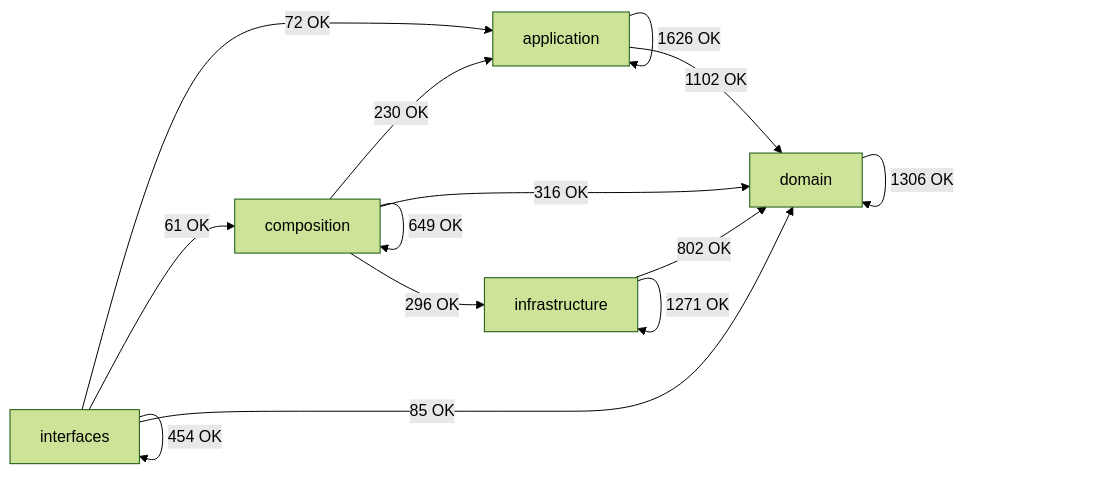
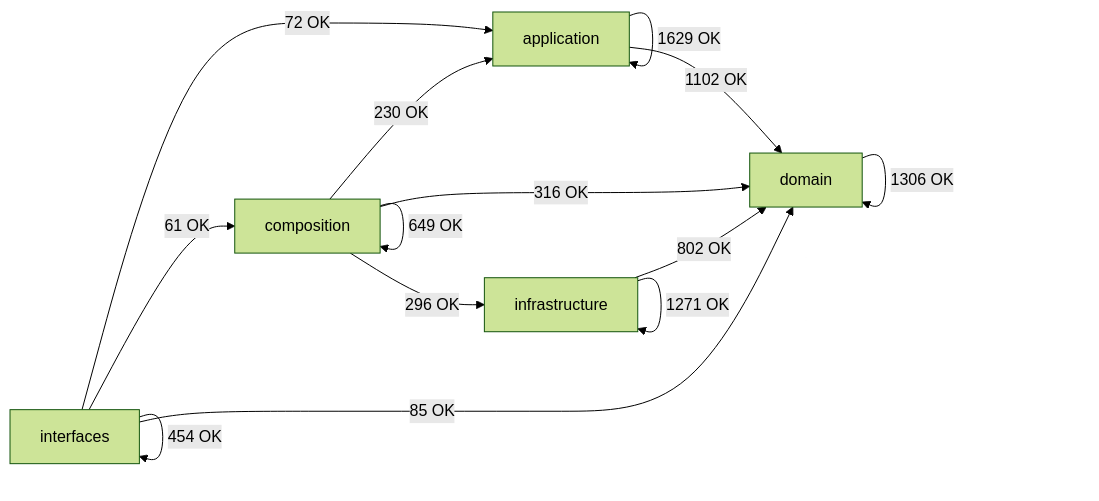
The diagram in docs/02-architecture/generated/module-dependency-map.md (SatoryKono/BioactivityDataAcquisition), drawn with Mermaid (forest theme) before and after one commit. The commit also changed other lines of this file and 103 other files, not shown here.

````diff
--- a/docs/02-architecture/generated/module-dependency-map.md
+++ b/docs/02-architecture/generated/module-dependency-map.md
@@ -17,21 +17,21 @@
 ```mermaid
 flowchart LR
     domain[domain]
     application[application]
     infrastructure[infrastructure]
     composition[composition]
     interfaces[interfaces]
-    application -->|1626 OK| application
+    application -->|1629 OK| application
     application -->|1102 OK| domain
     composition -->|230 OK| application
     composition -->|649 OK| composition
     composition -->|316 OK| domain
     composition -->|296 OK| infrastructure
     domain -->|1306 OK| domain
     infrastructure -->|802 OK| domain
     infrastructure -->|1271 OK| infrastructure
     interfaces -->|72 OK| application
     interfaces -->|61 OK| composition
     interfaces -->|85 OK| domain
     interfaces -->|454 OK| interfaces
 ```
````
